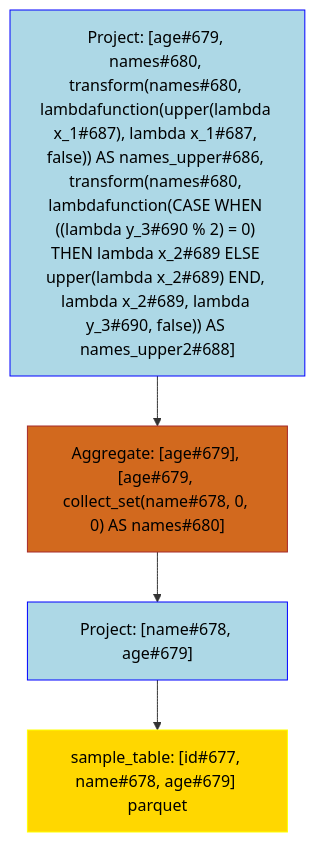
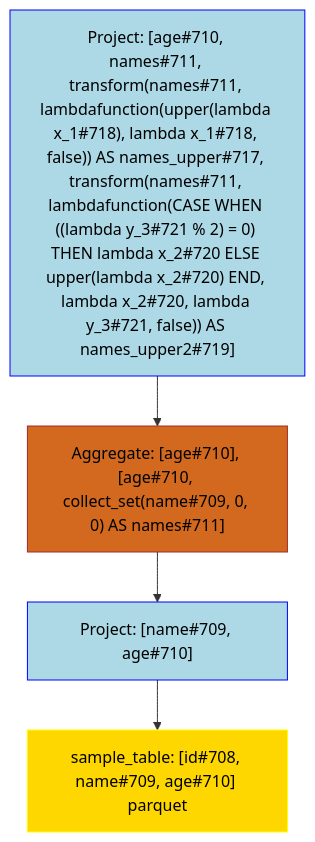
One commit to NielkNetraam/explainalyzed changed the diagram in data/visualization/transform.mmd. Above: the diagram before and after it, drawn with Mermaid. The commit also changed 29 other files, not shown here.

```diff
--- a/data/visualization/transform.mmd
+++ b/data/visualization/transform.mmd
@@ -1,17 +1,17 @@
 flowchart TD
     classDef PROJECT stroke:Blue,fill:LightBlue,color:black
     classDef FILTER stroke:Green,fill:LightGreen,color:black
     classDef UNION stroke:Purple,fill:Violet,color:black
     classDef JOIN stroke:DarkOrange,fill:Orange,color:black
     classDef RELATION stroke:Yellow,fill:Gold,color:black
     classDef AGGREGATE stroke:Brown,fill:Chocolate,color:black
     classDef WINDOW stroke:Aqua,fill:Cyan,color:black
 
-    Project#00001["Project: [age#679, names#680, transform(names#680, lambdafunction(upper(lambda x_1#687), lambda x_1#687, false)) AS names_upper#686, transform(names#680, lambdafunction(CASE WHEN ((lambda y_3#690 % 2) = 0) THEN lambda x_2#689 ELSE upper(lambda x_2#689) END, lambda x_2#689, lambda y_3#690, false)) AS names_upper2#688]"]:::PROJECT
-    Aggregate#00002["Aggregate: [age#679], [age#679, collect_set(name#678, 0, 0) AS names#680]"]:::AGGREGATE
-    Project#00003["Project: [name#678, age#679]"]:::PROJECT
-    Relation#00004["sample_table: [id#677, name#678, age#679] parquet"]:::RELATION
+    Project#00001["Project: [age#710, names#711, transform(names#711, lambdafunction(upper(lambda x_1#718), lambda x_1#718, false)) AS names_upper#717, transform(names#711, lambdafunction(CASE WHEN ((lambda y_3#721 % 2) = 0) THEN lambda x_2#720 ELSE upper(lambda x_2#720) END, lambda x_2#720, lambda y_3#721, false)) AS names_upper2#719]"]:::PROJECT
+    Aggregate#00002["Aggregate: [age#710], [age#710, collect_set(name#709, 0, 0) AS names#711]"]:::AGGREGATE
+    Project#00003["Project: [name#709, age#710]"]:::PROJECT
+    Relation#00004["sample_table: [id#708, name#709, age#710] parquet"]:::RELATION
 
     Project#00001 --> Aggregate#00002
         Aggregate#00002 --> Project#00003
             Project#00003 --> Relation#00004
```
